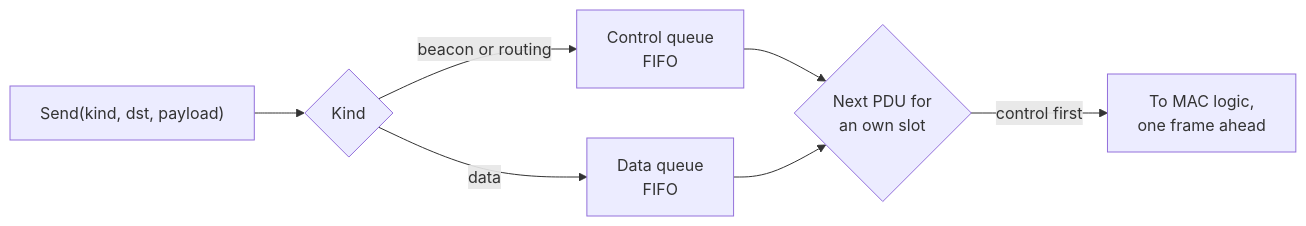
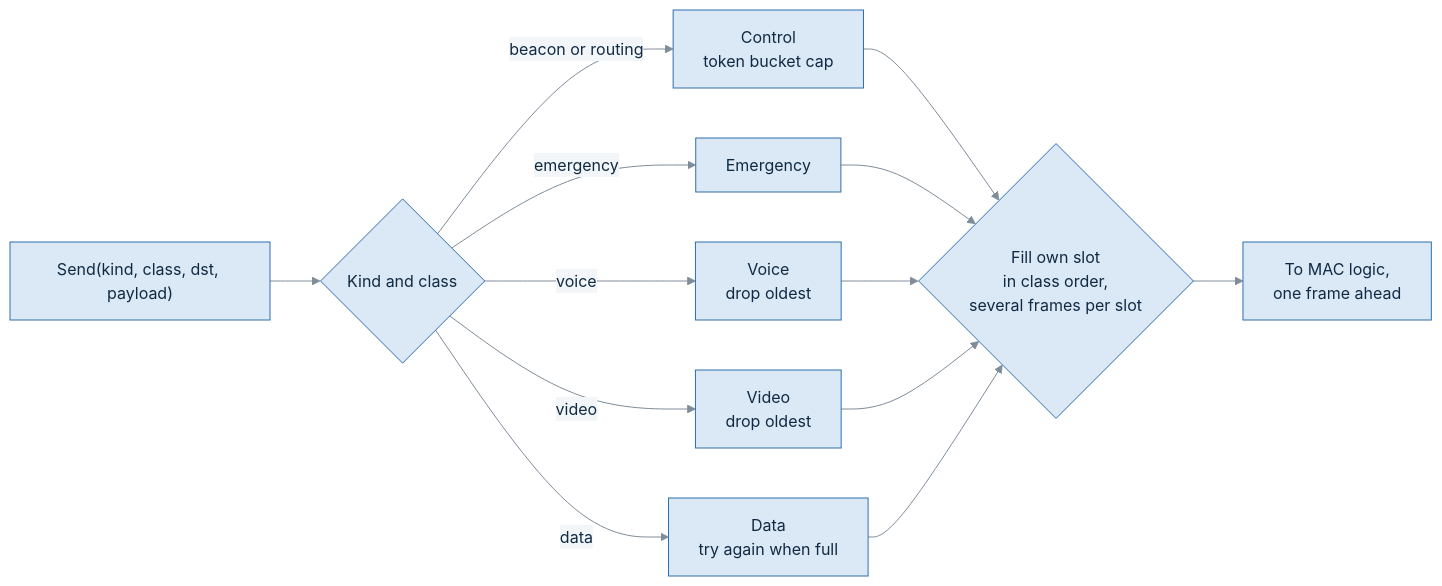
The second of 5 diagrams in docs/MAC-NETWORK-INTERFACE.md (akhil-osl/hh-sdr-manet), drawn with Mermaid before and after one commit. The commit also changed other lines of this file and 1 other file, not shown here.

````diff
--- a/docs/MAC-NETWORK-INTERFACE.md
+++ b/docs/MAC-NETWORK-INTERFACE.md
@@ -470,9 +697,16 @@
 ```mermaid
+%%{init: {'theme':'base','themeVariables':{'primaryColor':'#dbe9f6','primaryTextColor':'#102a43','primaryBorderColor':'#2f6fab','secondaryColor':'#e3f0dc','tertiaryColor':'#f6efe0','lineColor':'#7f8c99','textColor':'#6e7f91','edgeLabelBackground':'#f3f6f9','clusterBkg':'#eef2f6','clusterBorder':'#7f8c99','noteBkgColor':'#fff4cc','noteTextColor':'#102a43','noteBorderColor':'#b38f00','actorBkg':'#dbe9f6','actorBorder':'#2f6fab','actorTextColor':'#102a43','actorLineColor':'#7f8c99','signalColor':'#7f8c99','signalTextColor':'#6e7f91','labelBoxBkgColor':'#dbe9f6','labelTextColor':'#102a43','stateLabelColor':'#102a43','transitionColor':'#7f8c99','transitionLabelColor':'#6e7f91'}}}%%
 flowchart LR
-    SEND["Send(kind, dst, payload)"] --> K{"Kind"}
-    K -->|"beacon or routing"| CQ["Control queue<br/>FIFO"]
-    K -->|"data"| DQ["Data queue<br/>FIFO"]
-    CQ --> SEL{"Next PDU for<br/>an own slot"}
+    SEND["Send(kind, class, dst, payload)"] --> K{"Kind and class"}
+    K -->|"beacon or routing"| CQ["Control<br/>token bucket cap"]
+    K -->|"emergency"| EQ["Emergency"]
+    K -->|"voice"| VQ["Voice<br/>drop oldest"]
+    K -->|"video"| WQ["Video<br/>drop oldest"]
+    K -->|"data"| DQ["Data<br/>try again when full"]
+    CQ --> SEL{"Fill own slot<br/>in class order,<br/>several frames per slot"}
+    EQ --> SEL
+    VQ --> SEL
+    WQ --> SEL
     DQ --> SEL
-    SEL -->|"control first"| TXB["To MAC logic,<br/>one frame ahead"]
+    SEL --> TXB["To MAC logic,<br/>one frame ahead"]
 ```
````
